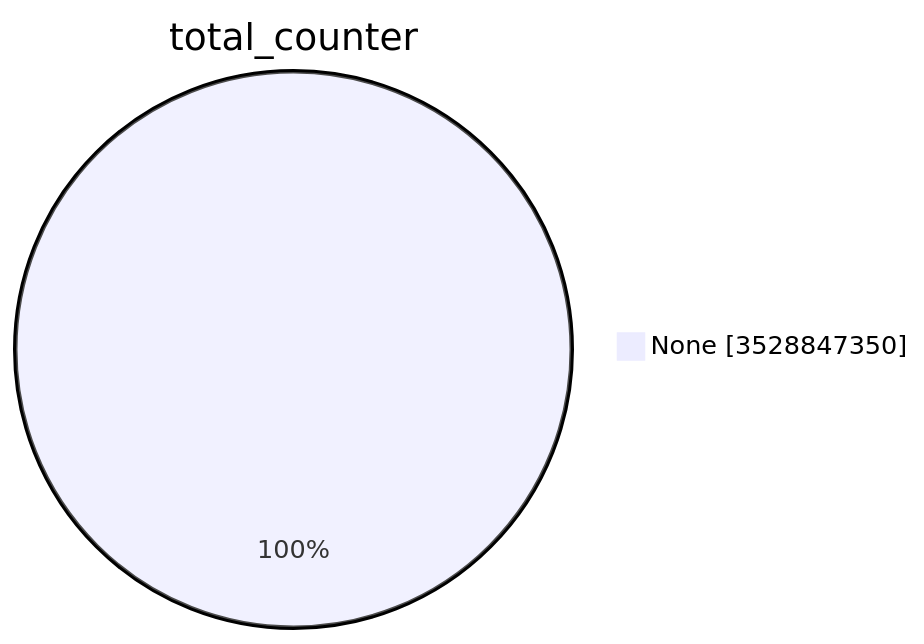
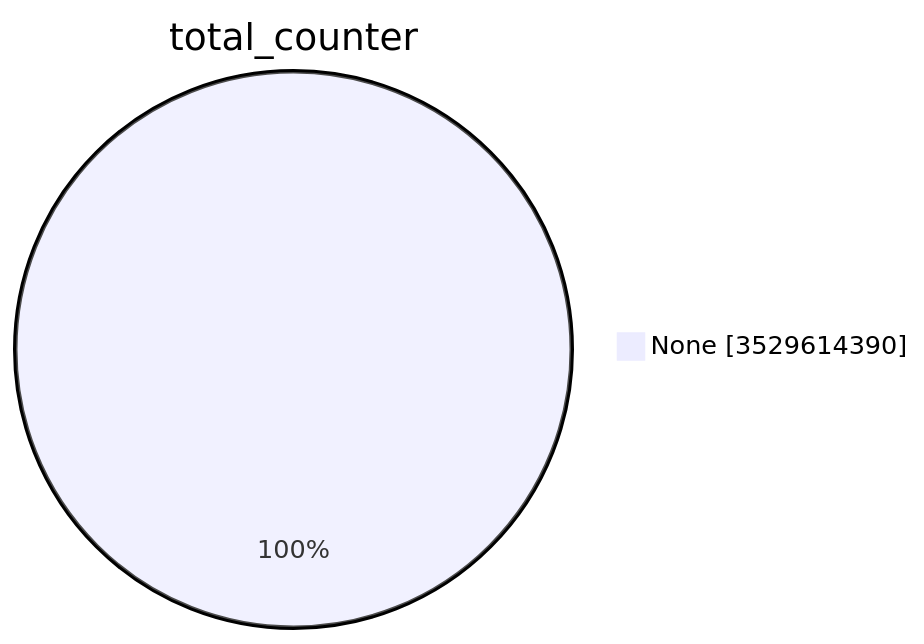
One commit to christiankrug/ctmonitor_visualization changed the first of 15 diagrams in TOTAL/README.md. Above: the diagram before and after it, drawn with Mermaid. The commit also changed other lines of this file, not shown here.

````diff
--- a/TOTAL/README.md
+++ b/TOTAL/README.md
@@ -1,5 +1,5 @@
 ```mermaid
 pie showData
 title total_counter
-"None" :3528847350
+"None" :3529614390
 ```
````
